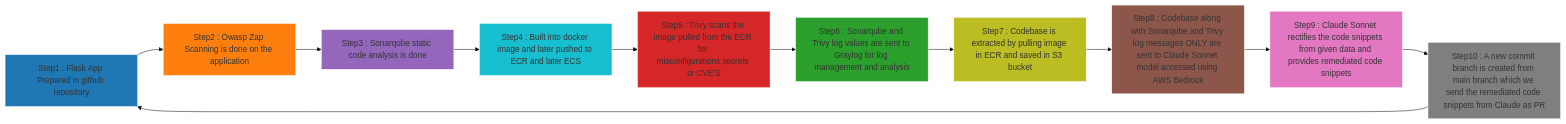
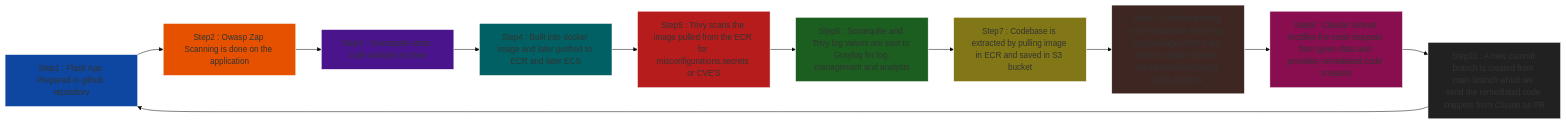
Before and after one commit to devjoshi2005/DevSecOps-Container-Remediation-Project: the diagram in technicalreport.md, drawn with Mermaid (base theme).

````diff
--- a/technicalreport.md
+++ b/technicalreport.md
@@ -11,26 +11,26 @@
 ```mermaid
 flowchart LR
     A[Step1 : Flask App Prepared in github repository]:::code --> B[Step2 : Owasp Zap Scanning is done on the application]:::zap
     B --> C[Step3 : Sonarqube static code analysis is done]:::sonar
     C --> D[Step4 : Built into docker image and later pushed to ECR and later ECS]:::docker
     D --> E[Step5 : Trivy scans the image pulled from the ECR for misconfigurations,secrets or CVE'S ]:::trivy
     E --> F[Step6 : Sonarqube and Trivy log values are sent to Graylog for log management and analysis ]:::graylog
     F --> G[Step7 : Codebase is extracted by pulling image in ECR and saved in S3 bucket]:::s3
     G --> H[Step8 : Codebase along with Sonarqube and Trivy log messages ONLY are sent to Claude Sonnet model accessed using AWS Bedrock]:::bedrock
     H --> I[Step9 : Claude Sonnet rectifies the code snippets from given data and provides remediated code snippets]:::ai
     I --> J[Step10 : A new commit branch is created from main branch which we send the remediated code snippets from Claude as PR]:::pr
     J --> A
 
-    %% --- Color Definitions ---
-    classDef code fill:#1f77b4,stroke:#ffffff,color:#ffffff;      %% Blue for source code
-    classDef zap fill:#ff7f0e,stroke:#ffffff,color:#ffffff;       %% Orange for ZAP
-    classDef sonar fill:#9467bd,stroke:#ffffff,color:#ffffff;     %% Purple for SonarQube
-    classDef docker fill:#17becf,stroke:#ffffff,color:#ffffff;    %% Teal for Docker/ECR/ECS
-    classDef trivy fill:#d62728,stroke:#ffffff,color:#ffffff;     %% Red for Trivy
-    classDef graylog fill:#2ca02c,stroke:#ffffff,color:#ffffff;   %% Green for Graylog
-    classDef s3 fill:#bcbd22,stroke:#ffffff,color:#000000;        %% Yellow for S3
-    classDef bedrock fill:#8c564b,stroke:#ffffff,color:#ffffff;   %% Brown for Bedrock
-    classDef ai fill:#e377c2,stroke:#ffffff,color:#ffffff;        %% Pink for AI remediation
-    classDef pr fill:#7f7f7f,stroke:#ffffff,color:#ffffff;        %% Gray for PR creation
+    %% --- Darker fills with white text for readability ---
+    classDef code fill:#0d47a1,stroke:#ffffff,color:#ffffff;      %% Dark blue
+    classDef zap fill:#e65100,stroke:#ffffff,color:#ffffff;       %% Dark orange
+    classDef sonar fill:#4a148c,stroke:#ffffff,color:#ffffff;     %% Deep purple
+    classDef docker fill:#006064,stroke:#ffffff,color:#ffffff;    %% Teal
+    classDef trivy fill:#b71c1c,stroke:#ffffff,color:#ffffff;     %% Dark red
+    classDef graylog fill:#1b5e20,stroke:#ffffff,color:#ffffff;   %% Dark green
+    classDef s3 fill:#827717,stroke:#ffffff,color:#ffffff;        %% Olive
+    classDef bedrock fill:#3e2723,stroke:#ffffff,color:#ffffff;   %% Dark brown
+    classDef ai fill:#880e4f,stroke:#ffffff,color:#ffffff;        %% Dark pink
+    classDef pr fill:#212121,stroke:#ffffff,color:#ffffff;        %% Dark gray
 
 ```
````
